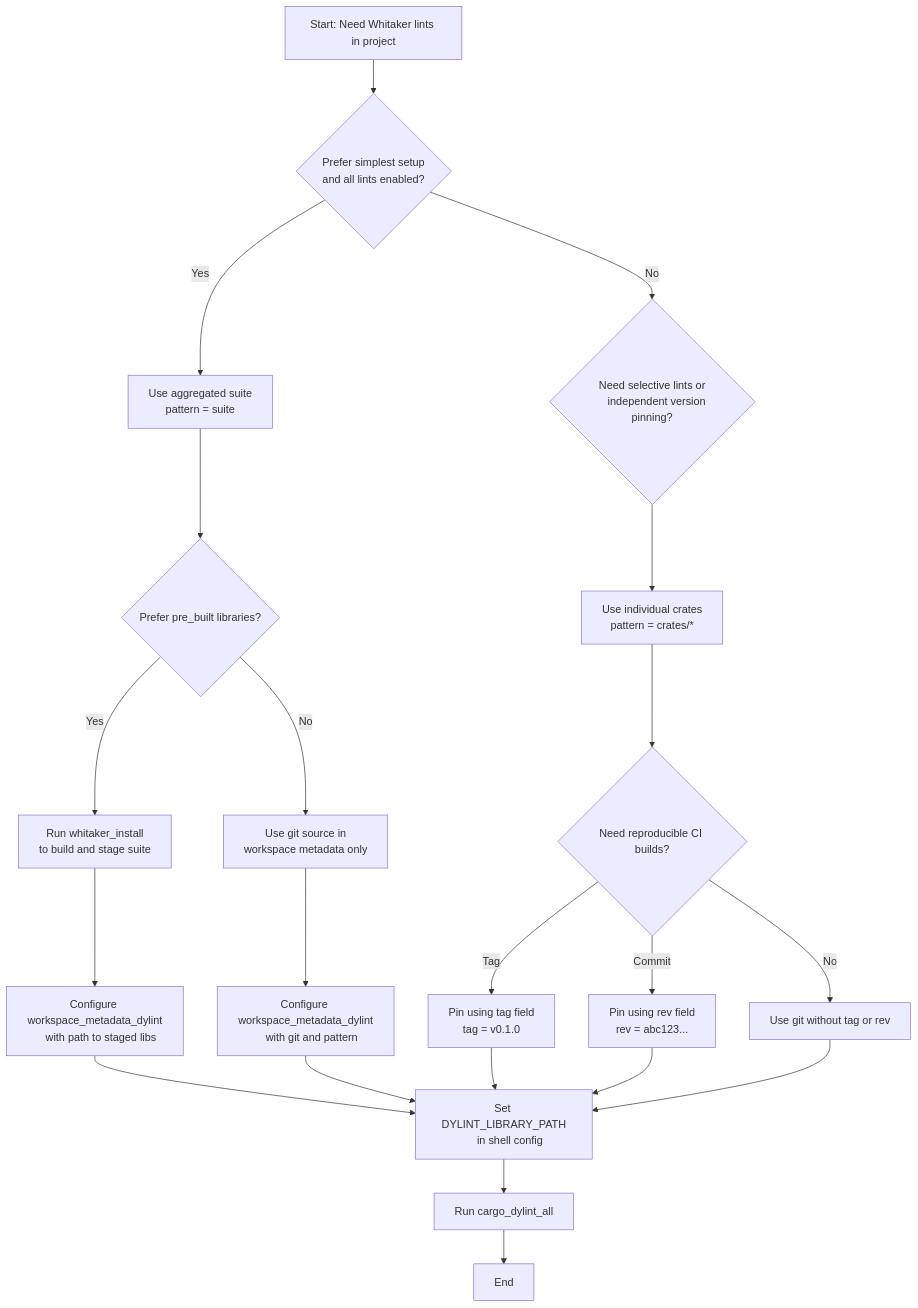
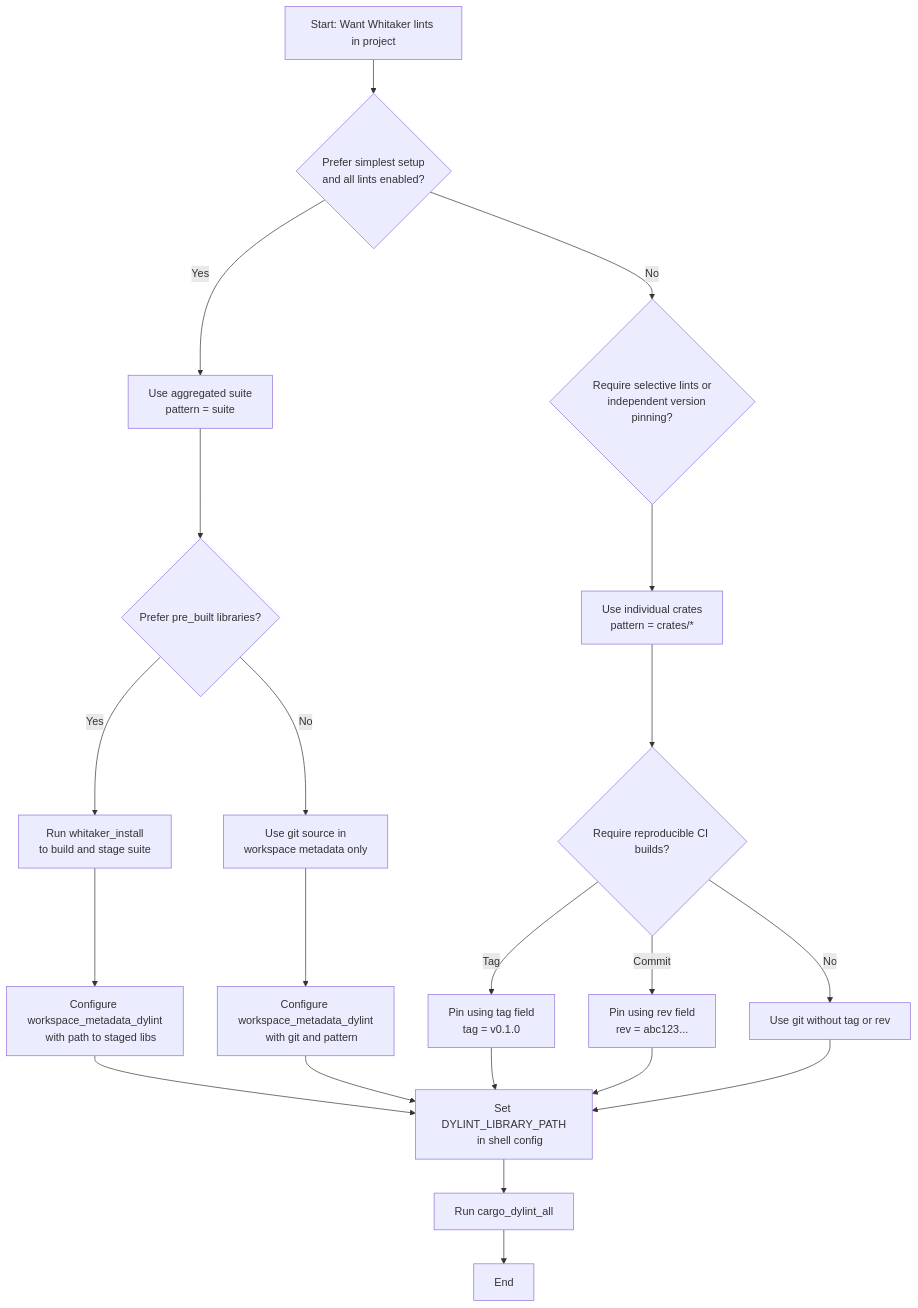
One commit to leynos/whitaker changed the diagram in docs/whitaker-dylint-suite-design.md. Above: the diagram before and after it, drawn with Mermaid. The commit also changed other lines of this file and 4 other files, not shown here.

````diff
--- a/docs/whitaker-dylint-suite-design.md
+++ b/docs/whitaker-dylint-suite-design.md
@@ -1279,40 +1279,40 @@
 ```mermaid
 flowchart TD
-    A_start[Start: Need Whitaker lints in project] --> B_decide_mode{Prefer simplest setup
+    A_start[Start: Want Whitaker lints in project] --> B_decide_mode{Prefer simplest setup
     and all lints enabled?}
     B_decide_mode -->|Yes| C_suite[Use aggregated suite
     pattern = suite]
-    B_decide_mode -->|No| D_selective{Need selective lints or
+    B_decide_mode -->|No| D_selective{Require selective lints or
     independent version pinning?}
 
     C_suite --> E_install_choice{Prefer pre_built libraries?}
     D_selective --> F_individual[Use individual crates
     pattern = crates/*]
 
     E_install_choice -->|Yes| G_run_installer[Run whitaker_install
     to build and stage suite]
     E_install_choice -->|No| H_use_git[Use git source in
     workspace metadata only]
 
-    F_individual --> I_version_pin{Need reproducible CI builds?}
+    F_individual --> I_version_pin{Require reproducible CI builds?}
     I_version_pin -->|Tag| J_tag_pin[Pin using tag field
     tag = v0.1.0]
     I_version_pin -->|Commit| K_rev_pin[Pin using rev field
     rev = abc123...]
     I_version_pin -->|No| L_unpinned[Use git without tag or rev]
 
     G_run_installer --> M_workspace_path[Configure workspace_metadata_dylint
     with path to staged libs]
     H_use_git --> N_workspace_git[Configure workspace_metadata_dylint
     with git and pattern]
 
     M_workspace_path --> O_set_env[Set DYLINT_LIBRARY_PATH
     in shell config]
     N_workspace_git --> O_set_env
     J_tag_pin --> O_set_env
     K_rev_pin --> O_set_env
     L_unpinned --> O_set_env
 
     O_set_env --> P_run_lints[Run cargo_dylint_all]
     P_run_lints --> Q_end[End]
 ```
````
